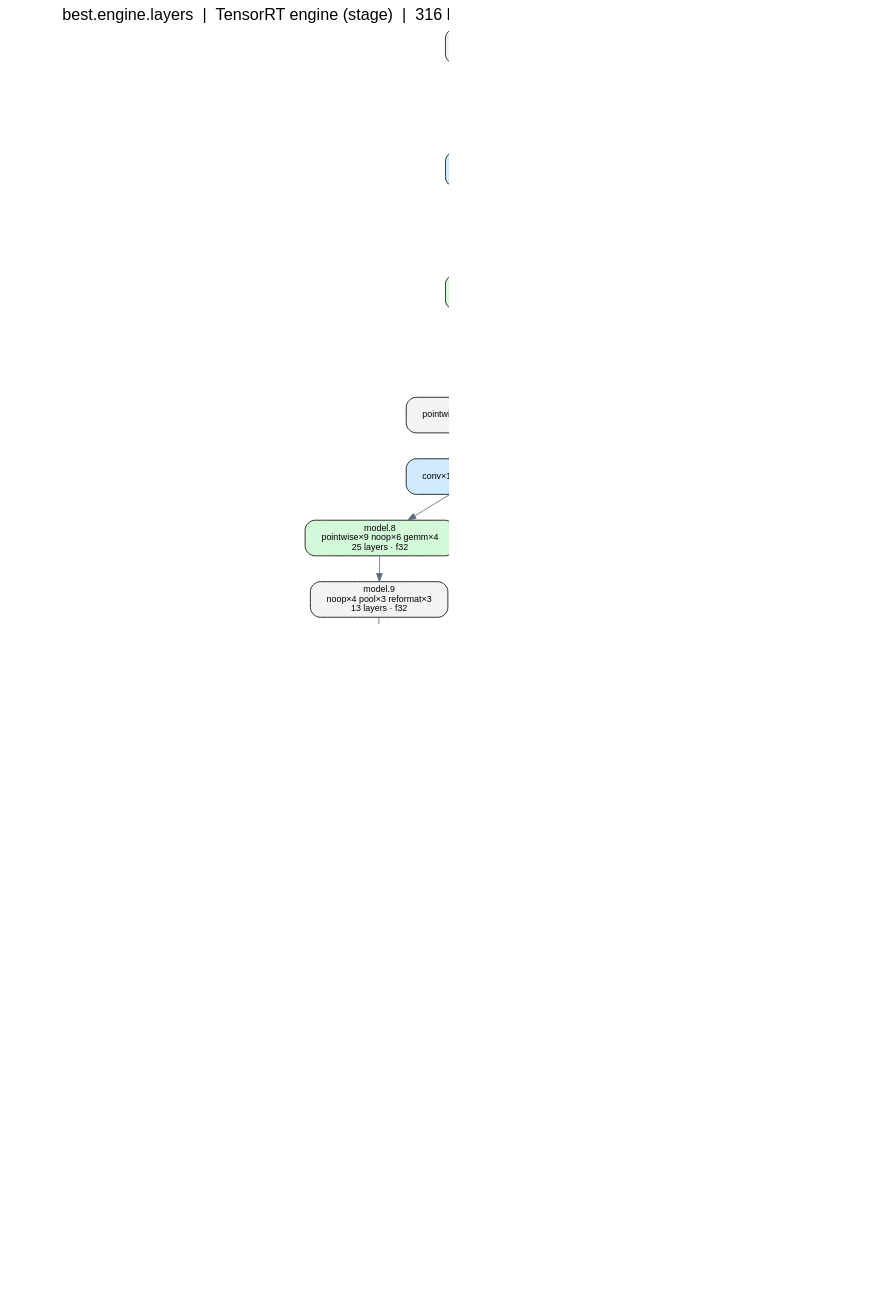
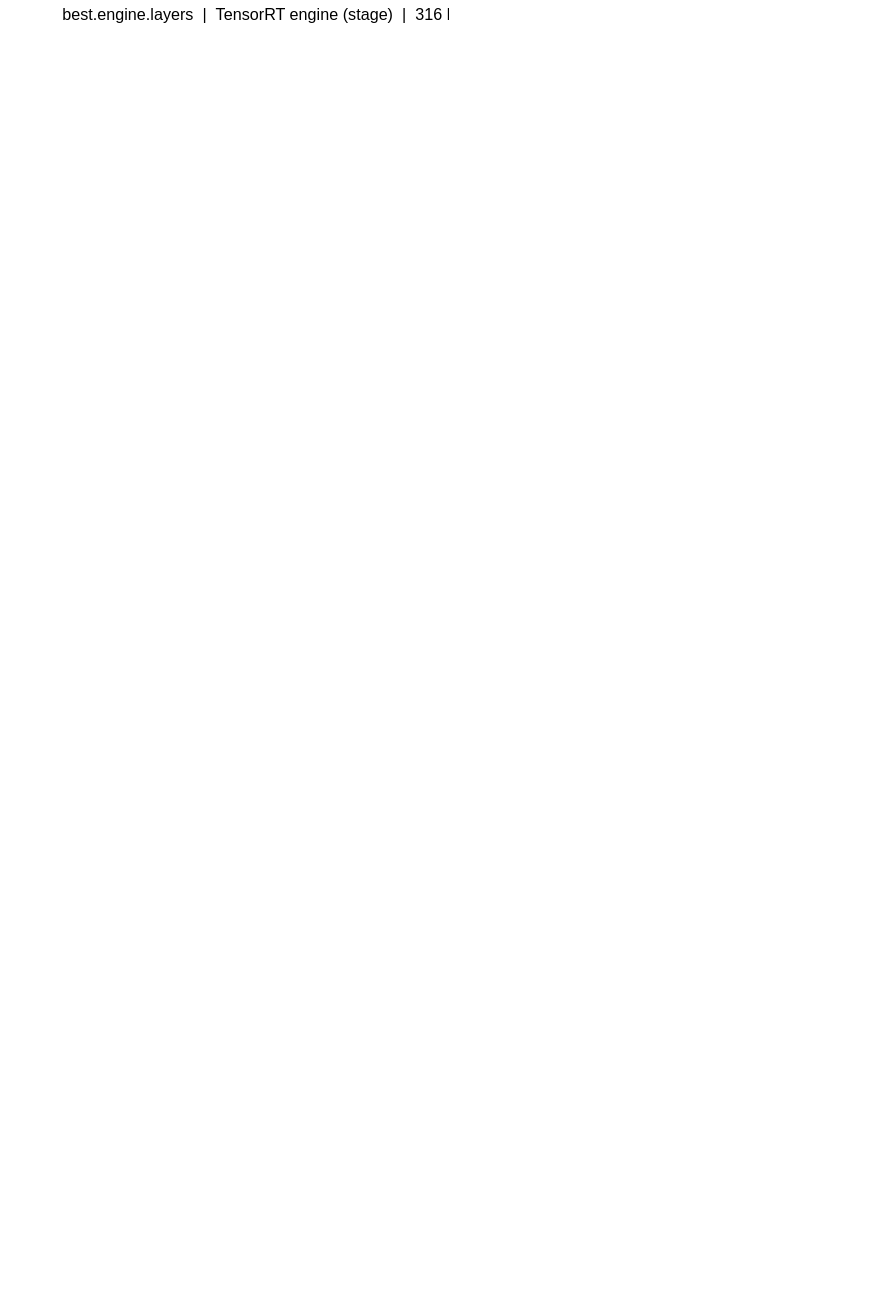
Before and after one commit to Minjea31/yolo26_TensorRT: the diagram in model/TRT_structure.dot, drawn with Graphviz. The commit also changed 14 other files, not shown here.

```diff
--- a/model/TRT_structure.dot
+++ b/model/TRT_structure.dot
@@ -1,55 +1,50 @@
 digraph trt {
   graph [rankdir=TB, dpi=150, nodesep=0.25, ranksep=0.45, fontname="Helvetica", labelloc="t", fontsize=20, label="best.engine.layers  |  TensorRT engine (stage)  |  316 kernel layers  |  precision: f32+i64  |  IO: ['images', 'output0']"];
   node  [fontname="Helvetica", shape=box, style="rounded,filled", fontsize=11];
   edge  [fontname="Helvetica", fontsize=8, color="#5b6b7c"];
   n0 [label="model.0\nreformat×1 conv×1 pointwise×1\n3 layers · f32", fillcolor="#f1f3f5"];
   n1 [label="model.1\nnoop×1 conv×1 pointwise×1\n3 layers · f32", fillcolor="#f1f3f5"];
   n2 [label="model.2\nconv×4 pointwise×4 reformat×2\n10 layers · f32", fillcolor="#d0ebff"];
   n3 [label="model.3\nconv×1 pointwise×1\n2 layers · f32", fillcolor="#d0ebff"];
   n4 [label="model.4\npointwise×4 conv×3 reformat×2\n10 layers · f32", fillcolor="#d3f9d8"];
   n5 [label="model.5\nconv×1 pointwise×1\n2 layers · f32", fillcolor="#d0ebff"];
   n6 [label="model.6\npointwise×9 conv×7 noop×6\n26 layers · f32", fillcolor="#f1f3f5"];
   n7 [label="model.7\nconv×1 noop×1 pointwise×1\n3 layers · f32", fillcolor="#d0ebff"];
   n8 [label="model.8\npointwise×9 noop×6 gemm×4\n25 layers · f32", fillcolor="#d3f9d8"];
   n9 [label="model.9\nnoop×4 pool×3 reformat×3\n13 layers · f32", fillcolor="#f1f3f5"];
   n10 [label="model.10\ngemm×8 reformat×8 noop×7\n31 layers · f32", fillcolor="#f1f3f5"];
   n11 [label="model.11\nresize×1 reformat×1\n2 layers · f32", fillcolor="#ffe8cc"];
   n12 [label="model.13\npointwise×9 conv×7 noop×6\n27 layers · f32", fillcolor="#f1f3f5"];
   n13 [label="model.14\nresize×1 reformat×1\n2 layers · f32", fillcolor="#ffe8cc"];
   n14 [label="model.16\npointwise×9 conv×6 noop×4\n24 layers · f32", fillcolor="#d3f9d8"];
   n15 [label="model.17\nconv×1 pointwise×1\n2 layers · f32", fillcolor="#d0ebff"];
   n16 [label="model.19\npointwise×9 conv×7 noop×5\n25 layers · f32", fillcolor="#d3f9d8"];
   n17 [label="model.20\nconv×1 pointwise×1\n2 layers · f32", fillcolor="#d0ebff"];
   n18 [label="model.22\ngemm×8 reformat×8 noop×7\n35 layers · f32", fillcolor="#f1f3f5"];
   n19 [label="model.23\nconv×19 pointwise×18 noop×14\n66 layers · f32/i64", fillcolor="#d0ebff"];
   n20 [label="post-process\nshape_call×3\n3 layers · -", fillcolor="#ffffff"];
   n0 -> n1;
   n1 -> n2;
   n2 -> n3;
   n3 -> n4;
+  n4 -> n5;
   n5 -> n6;
+  n6 -> n7;
   n7 -> n8;
   n8 -> n9;
   n9 -> n10;
   n10 -> n11;
   n10 -> n18;
-  n11 -> n7;
   n11 -> n12;
   n12 -> n13;
   n12 -> n16;
-  n13 -> n5;
   n13 -> n14;
   n14 -> n15;
   n14 -> n19;
   n16 -> n17;
   n16 -> n19;
-  n18 -> n10;
   n18 -> n19;
-  n19 -> n10;
-  n19 -> n18;
-  n4 -> n5 [style=invis, weight=10];
-  n6 -> n7 [style=invis, weight=10];
   n15 -> n16 [style=invis, weight=10];
   n17 -> n18 [style=invis, weight=10];
   n19 -> n20 [style=invis, weight=10];
 }
```
